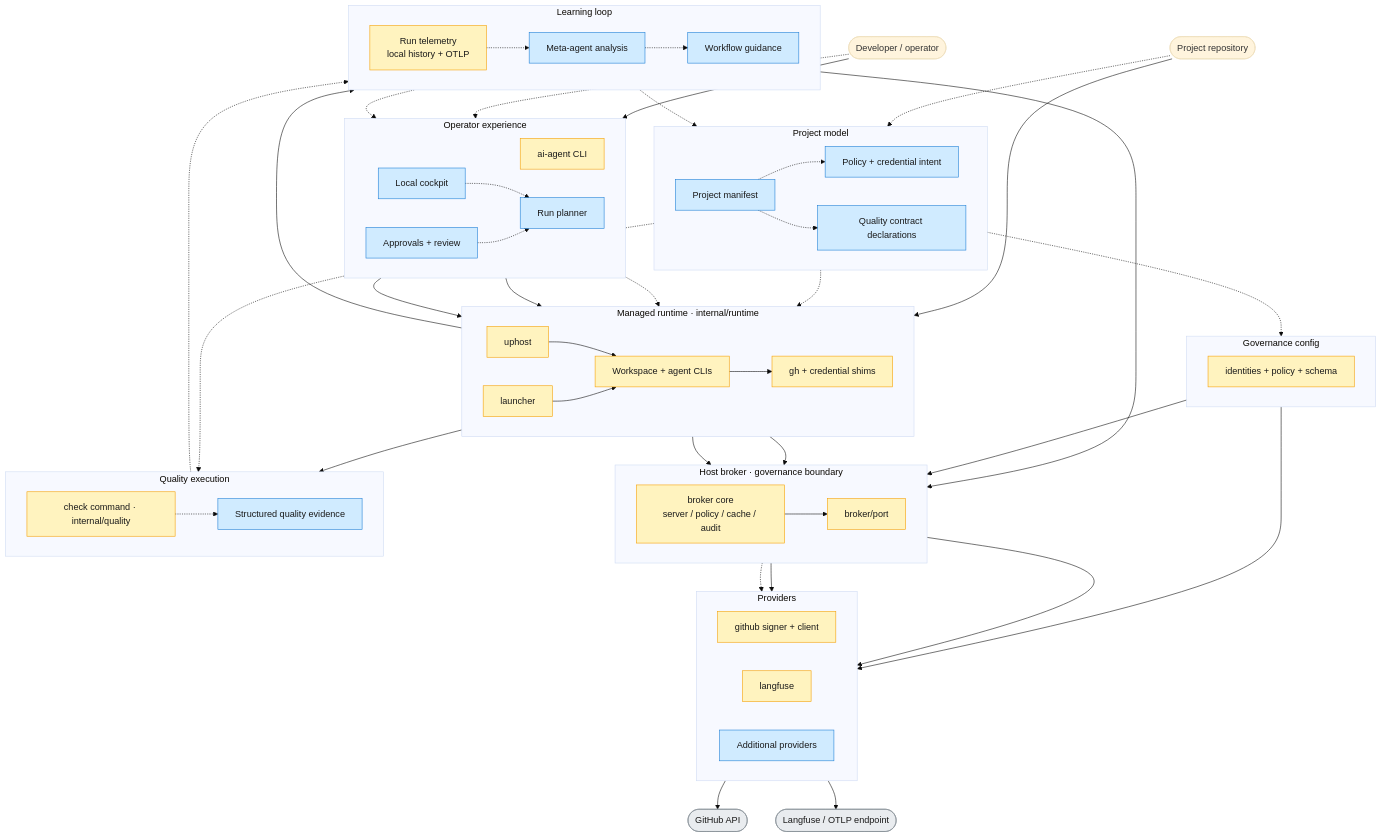
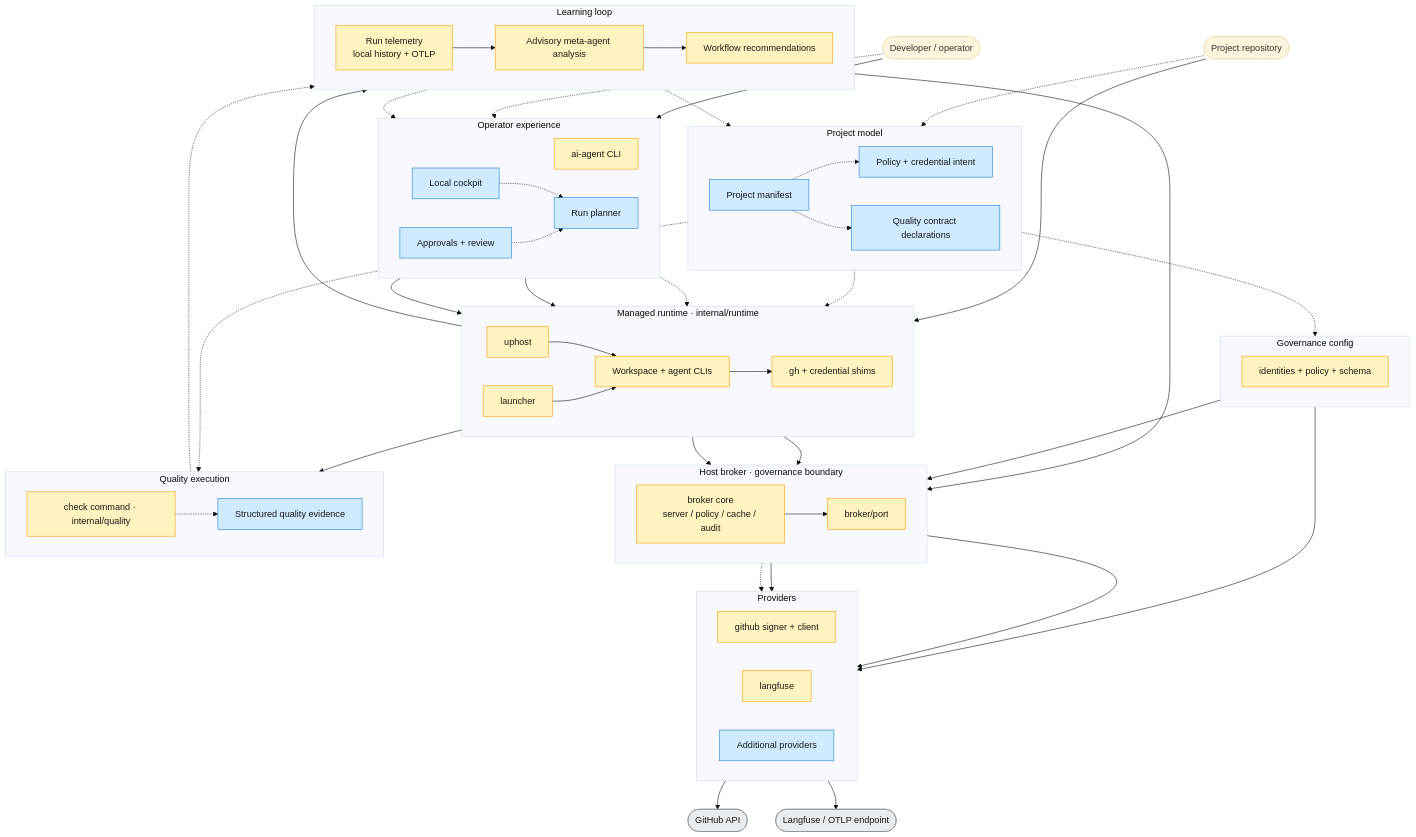
One commit to maryzam/ai-crew-localdev changed the second of 2 diagrams in docs/current-north-star-architecture.md. Above: the diagram before and after it, drawn with Mermaid (base theme). The commit also changed other lines of this file and 16 other files, not shown here.

````diff
--- a/docs/current-north-star-architecture.md
+++ b/docs/current-north-star-architecture.md
@@ -209,8 +213,8 @@
     subgraph Intelligence[Learning loop]
         direction LR
         Telemetry[Run telemetry<br/>local history + OTLP]
-        Meta[Meta-agent analysis]
-        Guidance[Workflow guidance]
+        Meta[Advisory meta-agent analysis]
+        Guidance[Workflow recommendations]
     end
 
     ExtGitHub([GitHub API])
@@ -252,15 +256,15 @@
     Launcher --> Telemetry
     Evidence -.-> Telemetry
     Telemetry --> BrokerCore
-    Telemetry -.-> Meta
-    Meta -.-> Guidance
+    Telemetry --> Meta
+    Meta --> Guidance
     Guidance -.-> Manifest
     Guidance -.-> Cockpit
 
     classDef current fill:#fff3bf,stroke:#f59f00,color:#1a1a1a
     classDef planned fill:#d0ebff,stroke:#1c7ed6,color:#1a1a1a
     classDef ext fill:#e9ecef,stroke:#868e96,color:#1a1a1a
-    class CLIBin,UpHost,Launcher,Workspace,Shims,BrokerCore,Port,GitHub,Langfuse,Store,Checks,Telemetry current
-    class Cockpit,Planner,Approvals,Manifest,PolicyIntent,Contracts,MoreProviders,Evidence,Meta,Guidance planned
+    class CLIBin,UpHost,Launcher,Workspace,Shims,BrokerCore,Port,GitHub,Langfuse,Store,Checks,Telemetry,Meta,Guidance current
+    class Cockpit,Planner,Approvals,Manifest,PolicyIntent,Contracts,MoreProviders,Evidence planned
     class ExtGitHub,ExtLF ext
 ```
````
